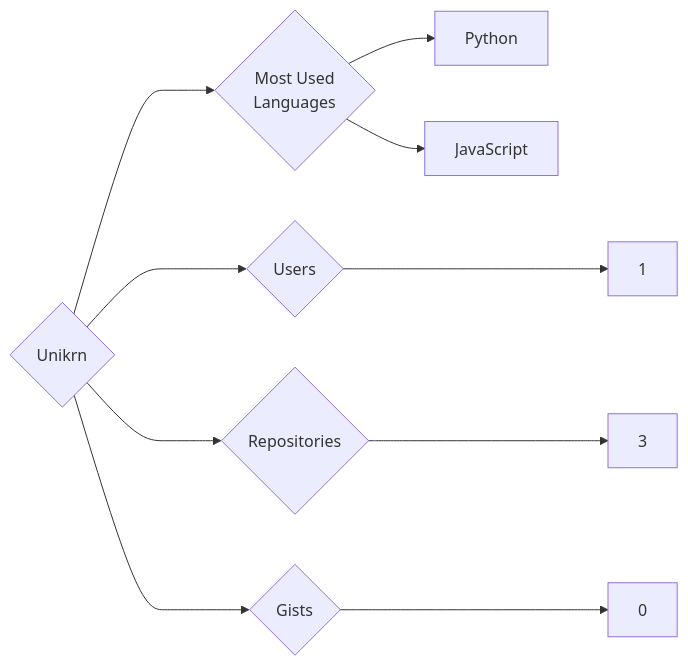
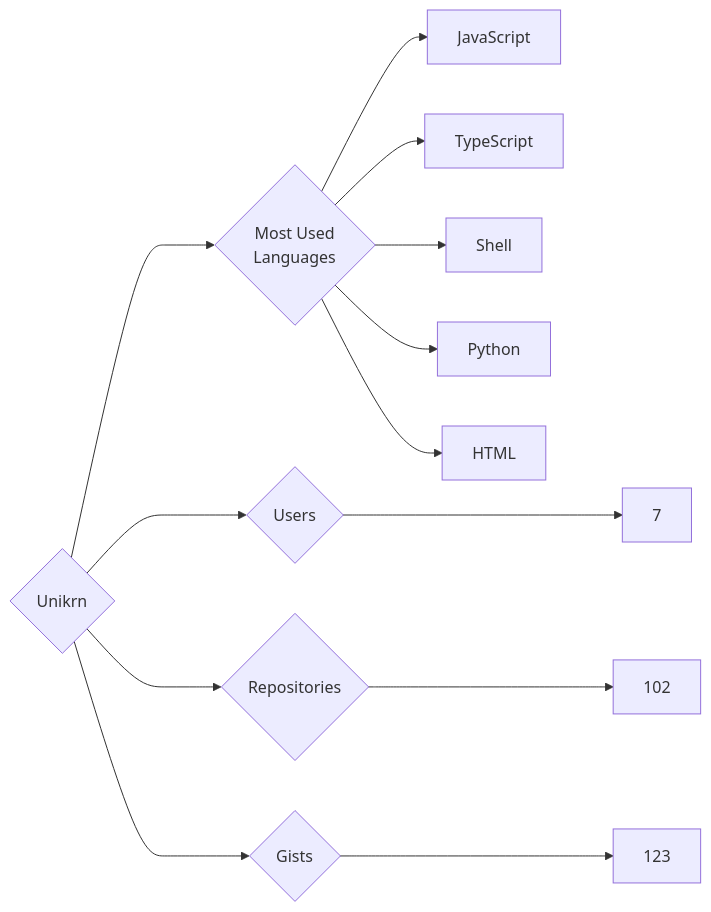
One commit to trickest/insiders changed the diagram in targets/Unikrn/README.md. Above: the diagram before and after it, drawn with Mermaid. The commit also changed 1696 other files, not shown here.

````diff
--- a/targets/Unikrn/README.md
+++ b/targets/Unikrn/README.md
@@ -3,10 +3,13 @@
 ```mermaid
 graph LR
 COMPANY_NAME{Unikrn}
-COMPANY_NAME ---> U{Users} ---> UN[1]
-COMPANY_NAME ---> R{Repositories} ---> RN[3]
-COMPANY_NAME ---> G{Gists} ---> GN[0]
+COMPANY_NAME ---> U{Users} ---> UN[7]
+COMPANY_NAME ---> R{Repositories} ---> RN[102]
+COMPANY_NAME ---> G{Gists} ---> GN[123]
 COMPANY_NAME ---> ML{Most Used<br>Languages}
+ML --> JavaScript[JavaScript]
+ML --> TypeScript[TypeScript]
+ML --> Shell[Shell]
 ML --> Python[Python]
-ML --> JavaScript[JavaScript]
+ML --> HTML[HTML]
 ```
````
